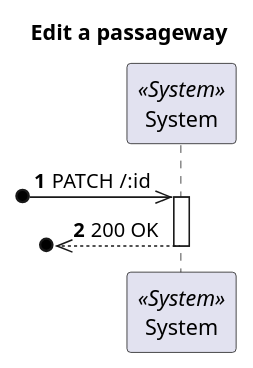
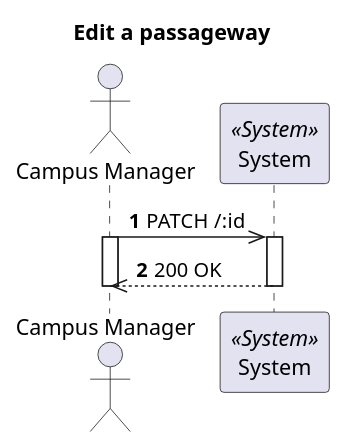
The diagram in docs/VistaProcesso/US250(1180)/ProcessView_Level1_US250_1180.puml (1210910/lapr5), drawn with PlantUML before and after one commit. The commit also changed 14 other files, not shown here.

Commit message:
Fixed diagrams (actor)

```diff
--- a/docs/VistaProcesso/US250(1180)/ProcessView_Level1_US250_1180.puml
+++ b/docs/VistaProcesso/US250(1180)/ProcessView_Level1_US250_1180.puml
@@ -1,19 +1,22 @@
 @startuml Process View - Level 1 - Edit a passageway
 'https://plantuml.com/sequence-diagram
 
 autonumber
 skinparam packageStyle rect
 
 title Edit a passageway
 
+actor "Campus Manager" as CM
 participant "System" as Sys <<System>>
 
-?o->> Sys : PATCH /:id
+CM->> Sys : PATCH /:id
 
+activate CM
 activate Sys
 
-?o<<--Sys : 200 OK
+CM<<--Sys : 200 OK
 
 deactivate Sys
+deactivate CM
 
 @enduml
```
